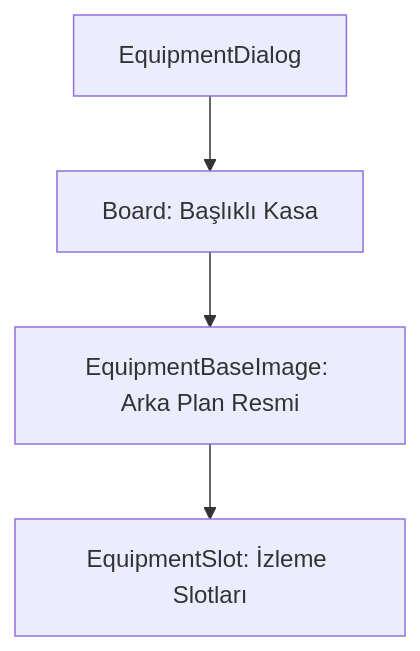
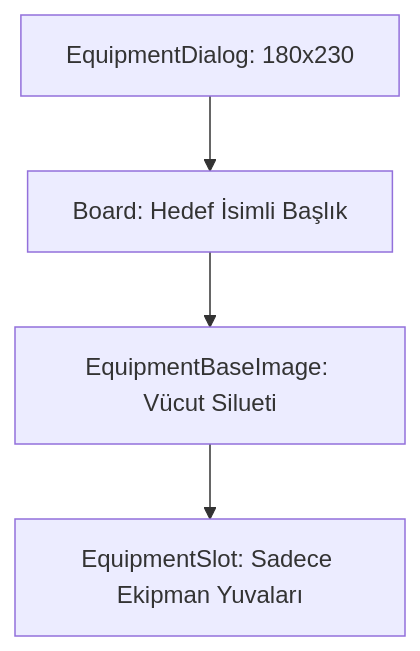
The diagram in uiscript/equipmentdialog/skills.md (Engin622/Metin2-Pack-Agent-Skills), drawn with Mermaid before and after one commit. The commit also changed other lines of this file and 65 other files, not shown here.

````diff
--- a/uiscript/equipmentdialog/skills.md
+++ b/uiscript/equipmentdialog/skills.md
@@ -32,6 +31,6 @@
 ```mermaid
 graph TD
-    A[EquipmentDialog] --> B[Board: Başlıklı Kasa]
-    B --> C[EquipmentBaseImage: Arka Plan Resmi]
-    C --> D[EquipmentSlot: İzleme Slotları]
+    A[EquipmentDialog: 180x230] --> B[Board: Hedef İsimli Başlık]
+    B --> C[EquipmentBaseImage: Vücut Silueti]
+    C --> D[EquipmentSlot: Sadece Ekipman Yuvaları]
 ```
````
